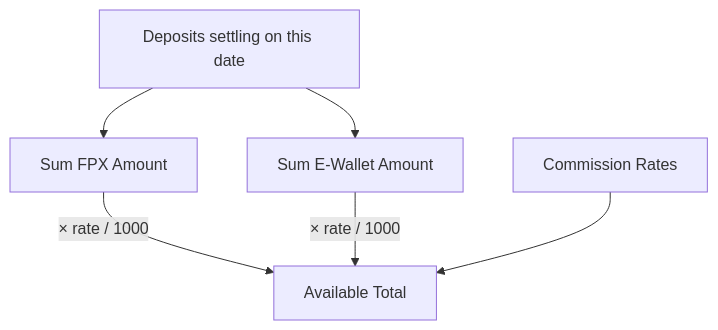
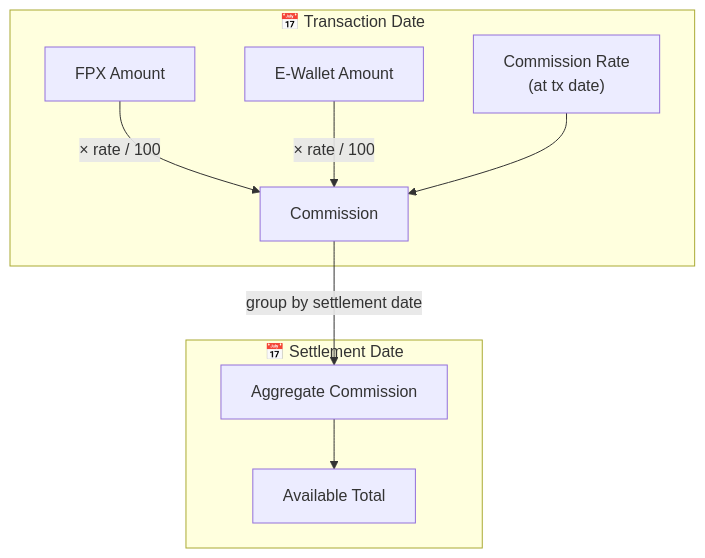
The seventh of 9 diagrams in docs/ledger-flow.md (nestorzamili/payment-automation), drawn with Mermaid before and after one commit. The commit also changed other lines of this file and 4 other files, not shown here.

First line of the commit message:
feat(docs): update README and architecture documentation with new features and API endpoints

````diff
--- a/docs/ledger-flow.md
+++ b/docs/ledger-flow.md
@@ -171,14 +175,20 @@
 ```mermaid
 flowchart TB
-    DEP["Deposits settling on this date"]
-    SUM_FPX["Sum FPX Amount"]
-    SUM_EW["Sum E-Wallet Amount"]
-    RATE["Commission Rates"]
-    AVAIL["Available Total"]
+    subgraph TxDate["📅 Transaction Date"]
+        FPX["FPX Amount"]
+        EW["E-Wallet Amount"]
+        RATE["Commission Rate<br/>(at tx date)"]
+        COMM["Commission"]
+    end
 
-    DEP --> SUM_FPX
-    DEP --> SUM_EW
-    SUM_FPX -->|"× rate / 1000"| AVAIL
-    SUM_EW -->|"× rate / 1000"| AVAIL
-    RATE --> AVAIL
+    subgraph SettleDate["📅 Settlement Date"]
+        AGG["Aggregate Commission"]
+        AVAIL["Available Total"]
+    end
+
+    FPX -->|"× rate / 100"| COMM
+    EW -->|"× rate / 100"| COMM
+    RATE --> COMM
+    COMM -->|"group by settlement date"| AGG
+    AGG --> AVAIL
 ```
````
